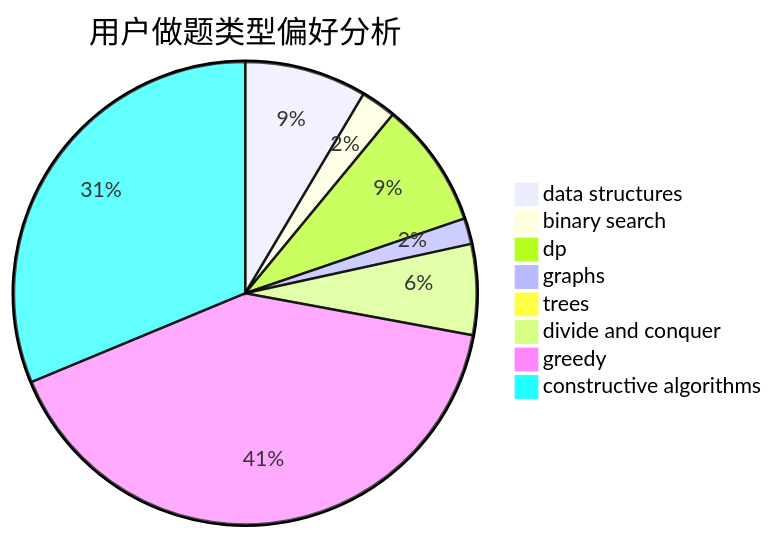
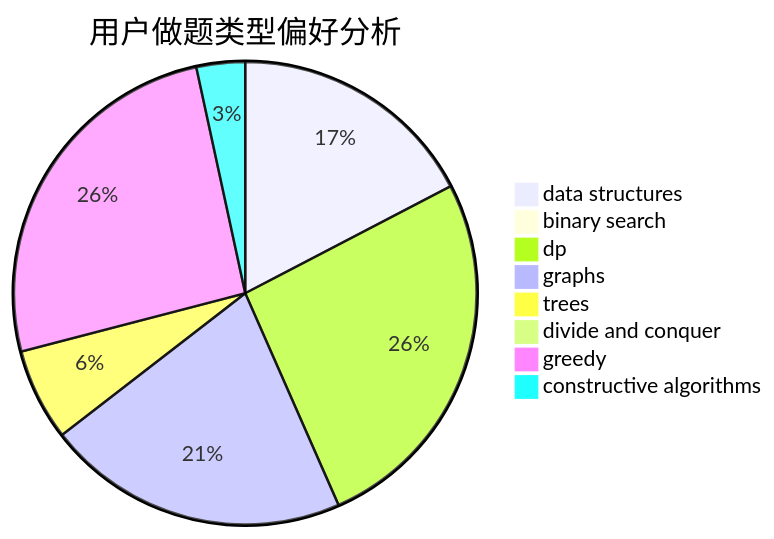
Before and after one commit to sherpahu/cfrs.github.io: the second of 3 diagrams in docs/user/u2398.md, drawn with Mermaid. The commit also changed other lines of this file and 2770 other files, not shown here.

````diff
--- a/docs/user/u2398.md
+++ b/docs/user/u2398.md
@@ -23,11 +23,11 @@
 ```mermaid
 pie title 用户做题类型偏好分析
-    "data structures" :  66
-    "binary search" :  19
-    "dp" :  68
-    "graphs" :  14
-    "trees" :  0
-    "divide and conquer" :  49
-    "greedy" :  316
-    "constructive algorithms" :  242
+    "data structures" :  46
+    "binary search" :  0
+    "dp" :  69
+    "graphs" :  56
+    "trees" :  17
+    "divide and conquer" :  0
+    "greedy" :  68
+    "constructive algorithms" :  9
 ```
````
